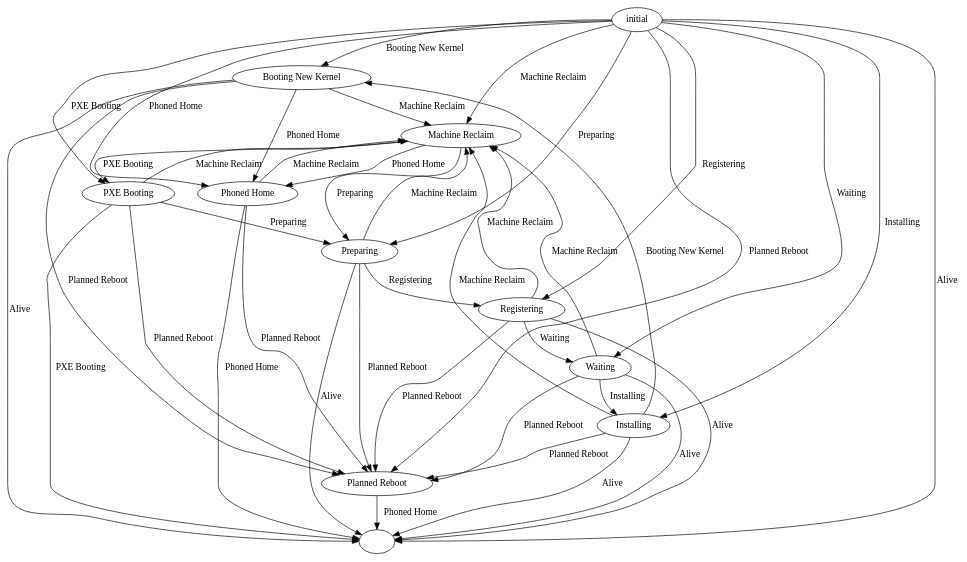
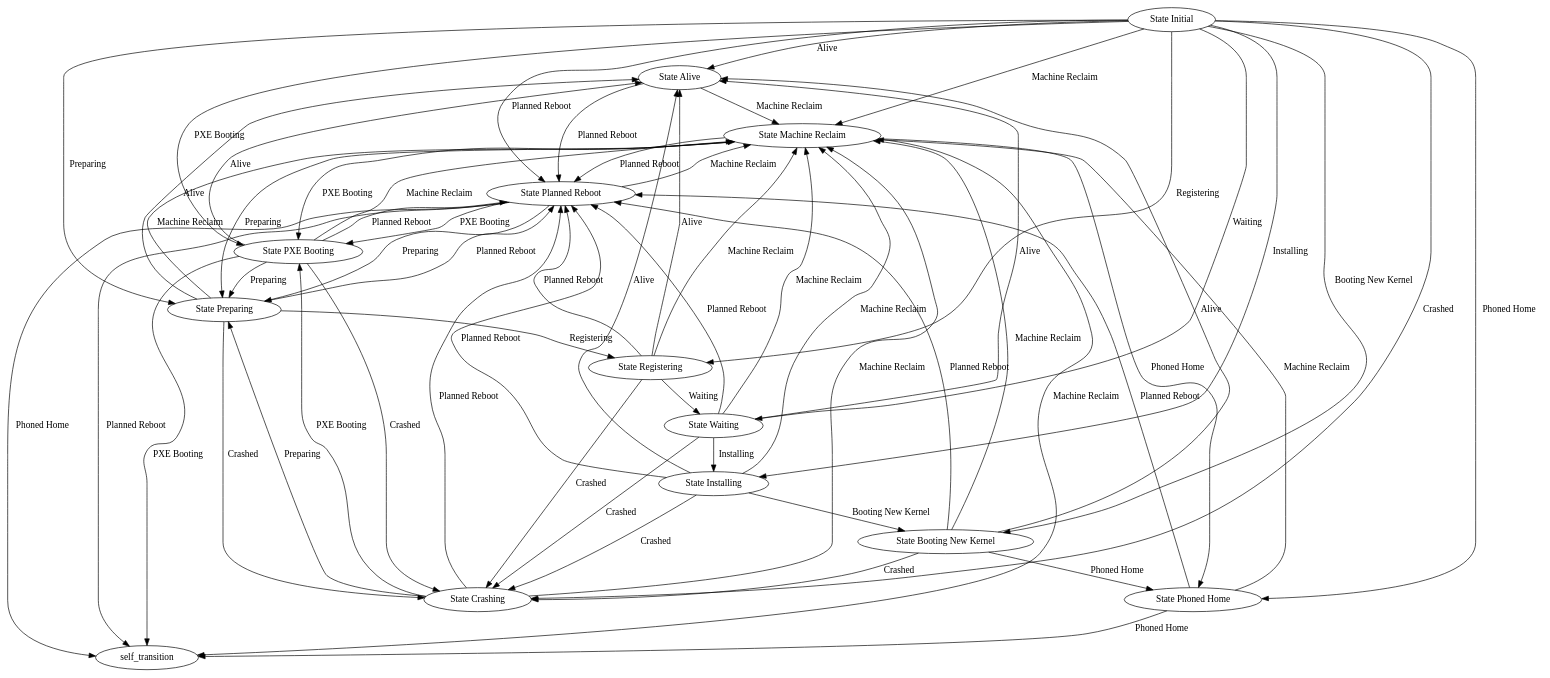
Before and after one commit to metal-stack/metal-api: the diagram in cmd/metal-api/internal/tools/visualize_fsm/fsm.dot, drawn with Graphviz. The commit also changed 11 other files, not shown here.

```diff
--- a/cmd/metal-api/internal/tools/visualize_fsm/fsm.dot
+++ b/cmd/metal-api/internal/tools/visualize_fsm/fsm.dot
@@ -1,55 +1,77 @@
 digraph fsm {
-    "Booting New Kernel" -> "" [ label = "Alive" ];
-    "Booting New Kernel" -> "Machine Reclaim" [ label = "Machine Reclaim" ];
-    "Booting New Kernel" -> "Phoned Home" [ label = "Phoned Home" ];
-    "Booting New Kernel" -> "Planned Reboot" [ label = "Planned Reboot" ];
-    "Installing" -> "" [ label = "Alive" ];
-    "Installing" -> "Booting New Kernel" [ label = "Booting New Kernel" ];
-    "Installing" -> "Machine Reclaim" [ label = "Machine Reclaim" ];
-    "Installing" -> "Planned Reboot" [ label = "Planned Reboot" ];
-    "Machine Reclaim" -> "PXE Booting" [ label = "PXE Booting" ];
-    "Machine Reclaim" -> "Phoned Home" [ label = "Phoned Home" ];
-    "Machine Reclaim" -> "Preparing" [ label = "Preparing" ];
-    "PXE Booting" -> "Machine Reclaim" [ label = "Machine Reclaim" ];
-    "PXE Booting" -> "" [ label = "PXE Booting" ];
-    "PXE Booting" -> "Planned Reboot" [ label = "Planned Reboot" ];
-    "PXE Booting" -> "Preparing" [ label = "Preparing" ];
-    "Phoned Home" -> "Machine Reclaim" [ label = "Machine Reclaim" ];
-    "Phoned Home" -> "" [ label = "Phoned Home" ];
-    "Phoned Home" -> "Planned Reboot" [ label = "Planned Reboot" ];
-    "Planned Reboot" -> "" [ label = "Phoned Home" ];
-    "Preparing" -> "" [ label = "Alive" ];
-    "Preparing" -> "Machine Reclaim" [ label = "Machine Reclaim" ];
-    "Preparing" -> "Planned Reboot" [ label = "Planned Reboot" ];
-    "Preparing" -> "Registering" [ label = "Registering" ];
-    "Registering" -> "" [ label = "Alive" ];
-    "Registering" -> "Machine Reclaim" [ label = "Machine Reclaim" ];
-    "Registering" -> "Planned Reboot" [ label = "Planned Reboot" ];
-    "Registering" -> "Waiting" [ label = "Waiting" ];
-    "Waiting" -> "" [ label = "Alive" ];
-    "Waiting" -> "Installing" [ label = "Installing" ];
-    "Waiting" -> "Machine Reclaim" [ label = "Machine Reclaim" ];
-    "Waiting" -> "Planned Reboot" [ label = "Planned Reboot" ];
-    "initial" -> "" [ label = "Alive" ];
-    "initial" -> "Booting New Kernel" [ label = "Booting New Kernel" ];
-    "initial" -> "Installing" [ label = "Installing" ];
-    "initial" -> "Machine Reclaim" [ label = "Machine Reclaim" ];
-    "initial" -> "PXE Booting" [ label = "PXE Booting" ];
-    "initial" -> "Phoned Home" [ label = "Phoned Home" ];
-    "initial" -> "Planned Reboot" [ label = "Planned Reboot" ];
-    "initial" -> "Preparing" [ label = "Preparing" ];
-    "initial" -> "Registering" [ label = "Registering" ];
-    "initial" -> "Waiting" [ label = "Waiting" ];
+    "State Alive" -> "State Machine Reclaim" [ label = "Machine Reclaim" ];
+    "State Alive" -> "State Planned Reboot" [ label = "Planned Reboot" ];
+    "State Booting New Kernel" -> "State Alive" [ label = "Alive" ];
+    "State Booting New Kernel" -> "State Crashing" [ label = "Crashed" ];
+    "State Booting New Kernel" -> "State Machine Reclaim" [ label = "Machine Reclaim" ];
+    "State Booting New Kernel" -> "State Phoned Home" [ label = "Phoned Home" ];
+    "State Booting New Kernel" -> "State Planned Reboot" [ label = "Planned Reboot" ];
+    "State Crashing" -> "State Machine Reclaim" [ label = "Machine Reclaim" ];
+    "State Crashing" -> "State PXE Booting" [ label = "PXE Booting" ];
+    "State Crashing" -> "State Planned Reboot" [ label = "Planned Reboot" ];
+    "State Crashing" -> "State Preparing" [ label = "Preparing" ];
+    "State Initial" -> "State Alive" [ label = "Alive" ];
+    "State Initial" -> "State Booting New Kernel" [ label = "Booting New Kernel" ];
+    "State Initial" -> "State Crashing" [ label = "Crashed" ];
+    "State Initial" -> "State Installing" [ label = "Installing" ];
+    "State Initial" -> "State Machine Reclaim" [ label = "Machine Reclaim" ];
+    "State Initial" -> "State PXE Booting" [ label = "PXE Booting" ];
+    "State Initial" -> "State Phoned Home" [ label = "Phoned Home" ];
+    "State Initial" -> "State Planned Reboot" [ label = "Planned Reboot" ];
+    "State Initial" -> "State Preparing" [ label = "Preparing" ];
+    "State Initial" -> "State Registering" [ label = "Registering" ];
+    "State Initial" -> "State Waiting" [ label = "Waiting" ];
+    "State Installing" -> "State Alive" [ label = "Alive" ];
+    "State Installing" -> "State Booting New Kernel" [ label = "Booting New Kernel" ];
+    "State Installing" -> "State Crashing" [ label = "Crashed" ];
+    "State Installing" -> "State Machine Reclaim" [ label = "Machine Reclaim" ];
+    "State Installing" -> "State Planned Reboot" [ label = "Planned Reboot" ];
+    "State Machine Reclaim" -> "self_transition" [ label = "Machine Reclaim" ];
+    "State Machine Reclaim" -> "State PXE Booting" [ label = "PXE Booting" ];
+    "State Machine Reclaim" -> "State Phoned Home" [ label = "Phoned Home" ];
+    "State Machine Reclaim" -> "State Planned Reboot" [ label = "Planned Reboot" ];
+    "State Machine Reclaim" -> "State Preparing" [ label = "Preparing" ];
+    "State PXE Booting" -> "State Alive" [ label = "Alive" ];
+    "State PXE Booting" -> "State Crashing" [ label = "Crashed" ];
+    "State PXE Booting" -> "State Machine Reclaim" [ label = "Machine Reclaim" ];
+    "State PXE Booting" -> "self_transition" [ label = "PXE Booting" ];
+    "State PXE Booting" -> "State Planned Reboot" [ label = "Planned Reboot" ];
+    "State PXE Booting" -> "State Preparing" [ label = "Preparing" ];
+    "State Phoned Home" -> "State Machine Reclaim" [ label = "Machine Reclaim" ];
+    "State Phoned Home" -> "self_transition" [ label = "Phoned Home" ];
+    "State Phoned Home" -> "State Planned Reboot" [ label = "Planned Reboot" ];
+    "State Planned Reboot" -> "State Machine Reclaim" [ label = "Machine Reclaim" ];
+    "State Planned Reboot" -> "State PXE Booting" [ label = "PXE Booting" ];
+    "State Planned Reboot" -> "self_transition" [ label = "Phoned Home" ];
+    "State Planned Reboot" -> "self_transition" [ label = "Planned Reboot" ];
+    "State Planned Reboot" -> "State Preparing" [ label = "Preparing" ];
+    "State Preparing" -> "State Alive" [ label = "Alive" ];
+    "State Preparing" -> "State Crashing" [ label = "Crashed" ];
+    "State Preparing" -> "State Machine Reclaim" [ label = "Machine Reclaim" ];
+    "State Preparing" -> "State Planned Reboot" [ label = "Planned Reboot" ];
+    "State Preparing" -> "State Registering" [ label = "Registering" ];
+    "State Registering" -> "State Alive" [ label = "Alive" ];
+    "State Registering" -> "State Crashing" [ label = "Crashed" ];
+    "State Registering" -> "State Machine Reclaim" [ label = "Machine Reclaim" ];
+    "State Registering" -> "State Planned Reboot" [ label = "Planned Reboot" ];
+    "State Registering" -> "State Waiting" [ label = "Waiting" ];
+    "State Waiting" -> "State Alive" [ label = "Alive" ];
+    "State Waiting" -> "State Crashing" [ label = "Crashed" ];
+    "State Waiting" -> "State Installing" [ label = "Installing" ];
+    "State Waiting" -> "State Machine Reclaim" [ label = "Machine Reclaim" ];
+    "State Waiting" -> "State Planned Reboot" [ label = "Planned Reboot" ];
 
-    "";
-    "Booting New Kernel";
-    "Installing";
-    "Machine Reclaim";
-    "PXE Booting";
-    "Phoned Home";
-    "Planned Reboot";
-    "Preparing";
-    "Registering";
-    "Waiting";
-    "initial";
+    "State Alive";
+    "State Booting New Kernel";
+    "State Crashing";
+    "State Initial";
+    "State Installing";
+    "State Machine Reclaim";
+    "State PXE Booting";
+    "State Phoned Home";
+    "State Planned Reboot";
+    "State Preparing";
+    "State Registering";
+    "State Waiting";
+    "self_transition";
 }
```
